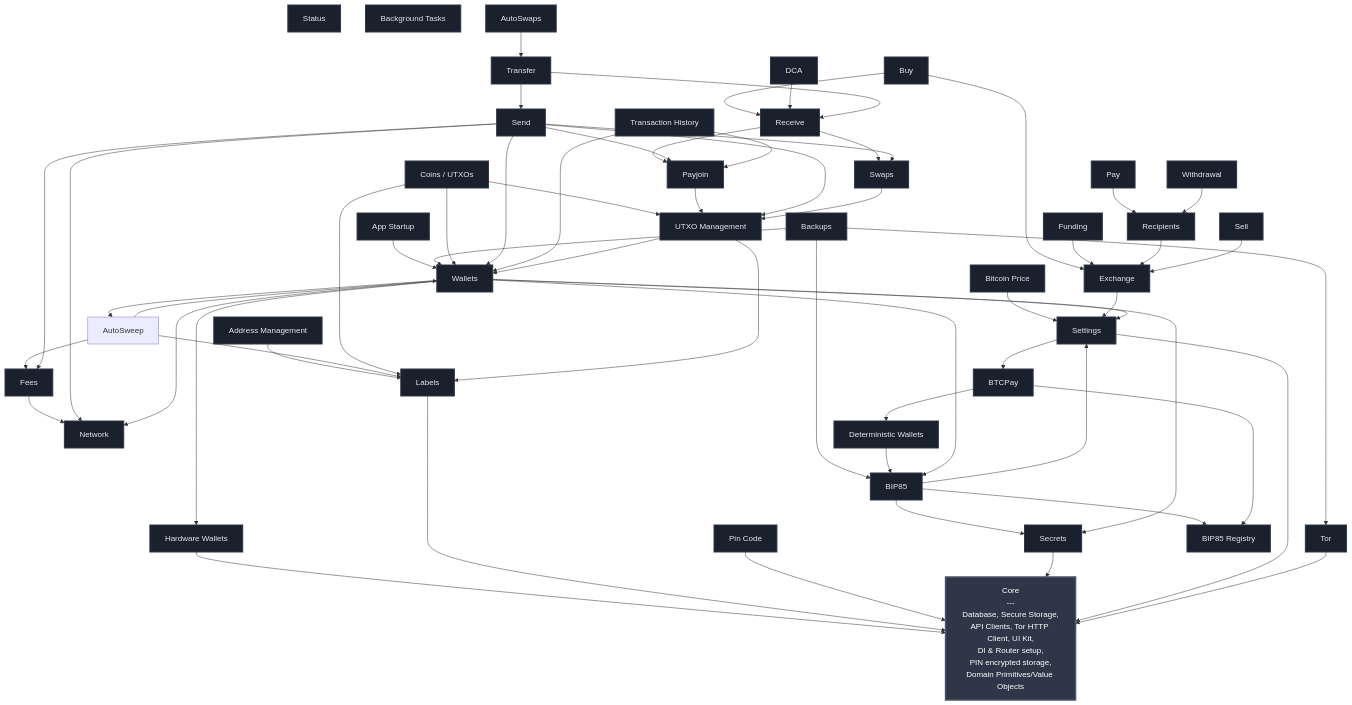
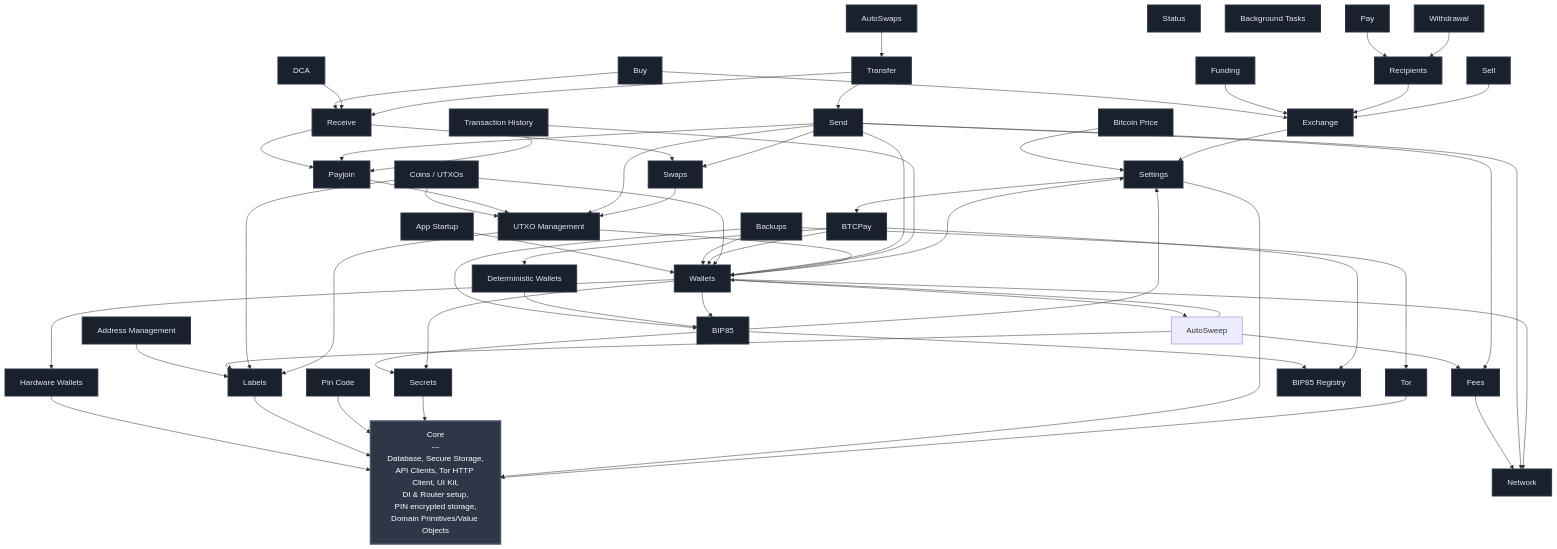
The diagram in FEATURES.md (SatoshiPortal/bullbitcoin-mobile), drawn with Mermaid before and after one commit. The commit also changed 1 other file, not shown here.

Commit message:
test(storage): cover wallet behavior migration

```diff
--- a/FEATURES.md
+++ b/FEATURES.md
@@ -69,6 +69,7 @@
     BTC_PRICE --> SETTINGS
     BTCPAY --> BIP85_REGISTRY
     BTCPAY --> DETERMINISTIC_WALLETS
+    BTCPAY --> WALLETS
     BUY --> EXCHANGE
     BUY --> RECEIVE
     COINS --> UTXO_MGMT
```
